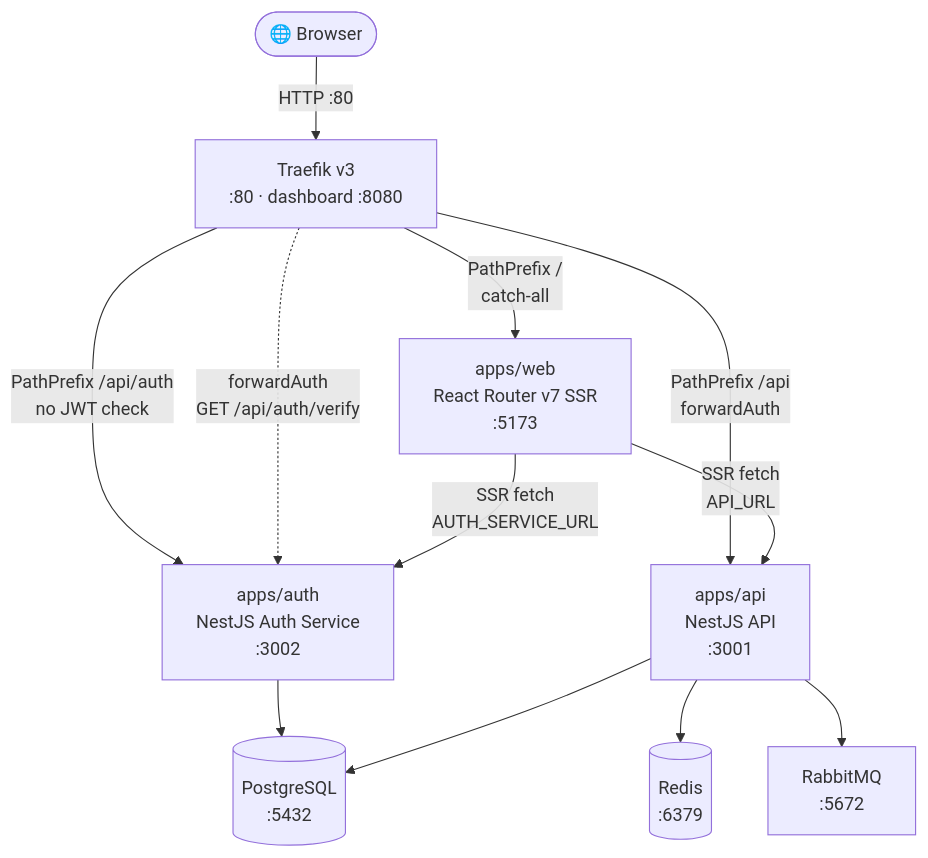
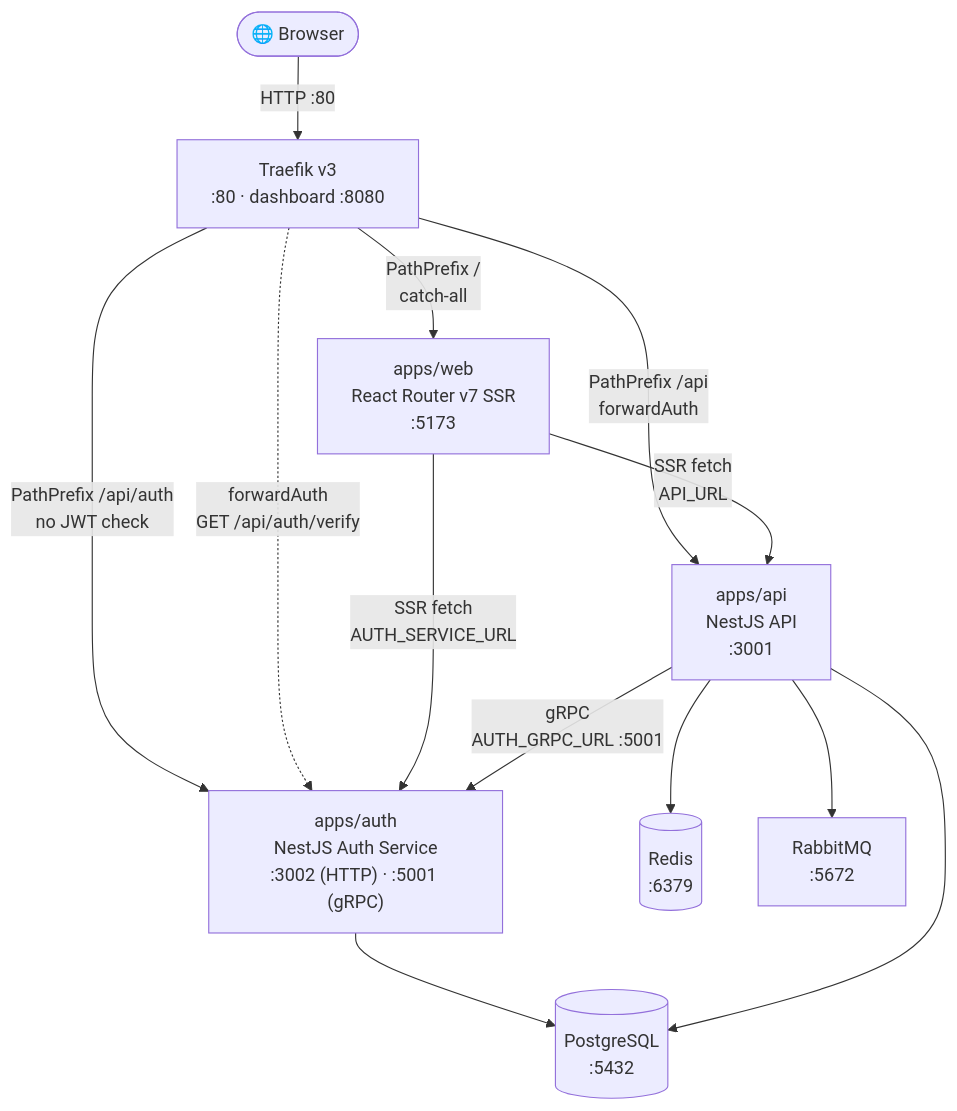
One commit to sonicname/monorepo changed the first of 3 diagrams in README.md. Above: the diagram before and after it, drawn with Mermaid. The commit also changed other lines of this file and 18 other files, not shown here.

First line of the commit message:
feat: integrate gRPC authentication service

````diff
--- a/README.md
+++ b/README.md
@@ -22,26 +23,28 @@
 ```mermaid
 graph TD
     Browser(["🌐 Browser"])
     SSR["apps/web\nReact Router v7 SSR\n:5173"]
     Traefik["Traefik v3\n:80 · dashboard :8080"]
-    Auth["apps/auth\nNestJS Auth Service\n:3002"]
+    Auth["apps/auth\nNestJS Auth Service\n:3002 (HTTP) · :5001 (gRPC)"]
     API["apps/api\nNestJS API\n:3001"]
     PG[("PostgreSQL\n:5432")]
     Redis[("Redis\n:6379")]
     Rabbit["RabbitMQ\n:5672"]
 
     Browser -->|"HTTP :80"| Traefik
 
     Traefik -->|"PathPrefix /api/auth\nno JWT check"| Auth
     Traefik -->|"PathPrefix /api\nforwardAuth"| API
     Traefik -->|"PathPrefix /\ncatch-all"| SSR
     Traefik -.->|"forwardAuth\nGET /api/auth/verify"| Auth
 
     SSR -->|"SSR fetch\nAUTH_SERVICE_URL"| Auth
     SSR -->|"SSR fetch\nAPI_URL"| API
 
+    API -->|"gRPC\nAUTH_GRPC_URL :5001"| Auth
+
     Auth --> PG
     API --> PG
     API --> Redis
     API --> Rabbit
 ```
````
